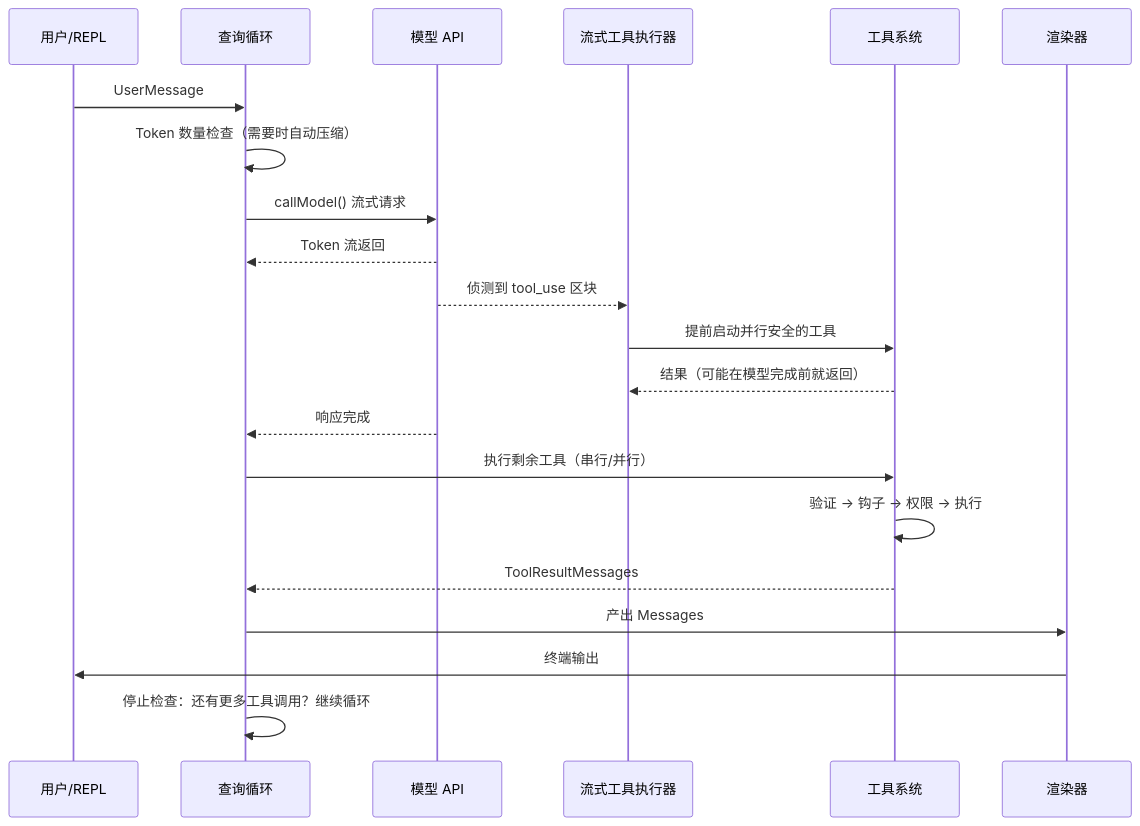
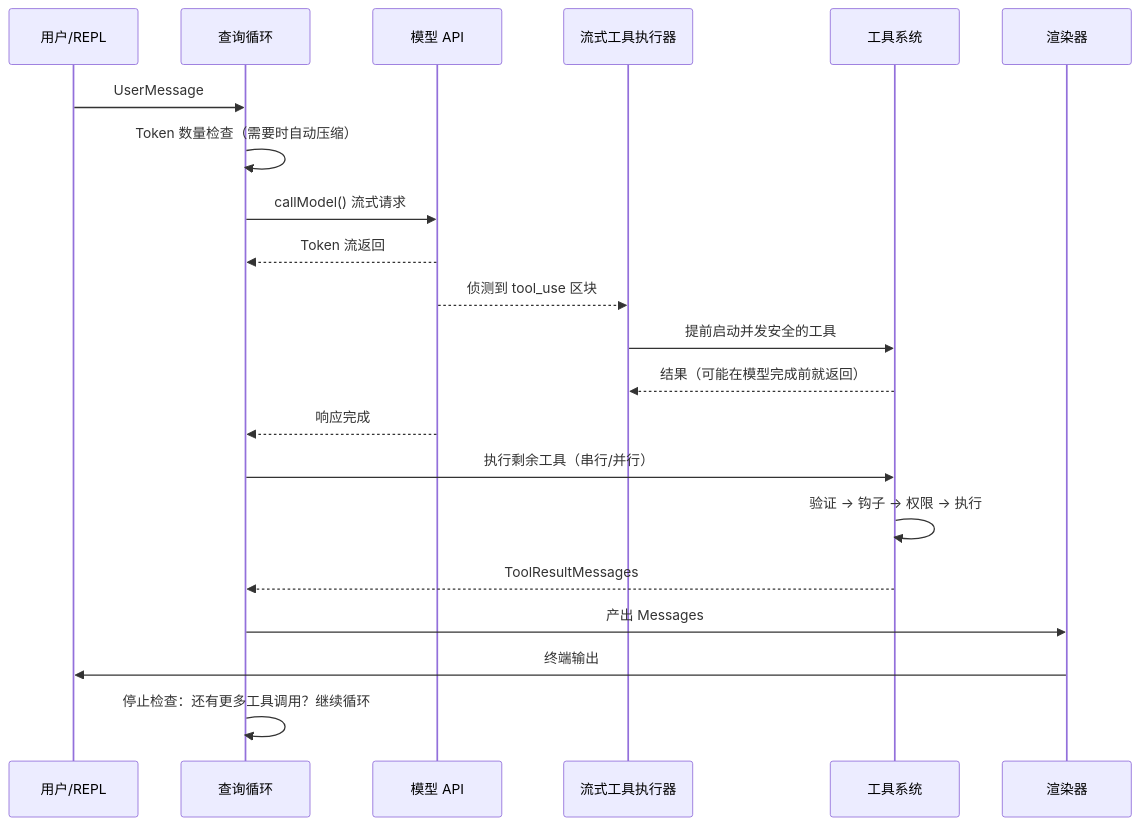
Before and after one commit to Gracker/claude-code-from-source-zh-cn: the second of 5 diagrams in book/ch01-architecture.md, drawn with Mermaid. The commit also changed other lines of this file and 16 other files, not shown here.

````diff
--- a/book/ch01-architecture.md
+++ b/book/ch01-architecture.md
@@ -53,24 +53,24 @@
 ```mermaid
 sequenceDiagram
     participant U as 用户/REPL
     participant Q as 查询循环
     participant M as 模型 API
     participant SE as 流式工具执行器
     participant T as 工具系统
     participant R as 渲染器
 
     U->>Q: UserMessage
     Q->>Q: Token 数量检查（需要时自动压缩）
     Q->>M: callModel() 流式请求
     M-->>Q: Token 流返回
     M-->>SE: 侦测到 tool_use 区块
-    SE->>T: 提前启动并行安全的工具
+    SE->>T: 提前启动并发安全的工具
     T-->>SE: 结果（可能在模型完成前就返回）
     M-->>Q: 响应完成
     Q->>T: 执行剩余工具（串行/并行）
     T->>T: 验证 → 钩子 → 权限 → 执行
     T-->>Q: ToolResultMessages
     Q->>R: 产出 Messages
     R->>U: 终端输出
     Q->>Q: 停止检查：还有更多工具调用？继续循环
 ```
````
